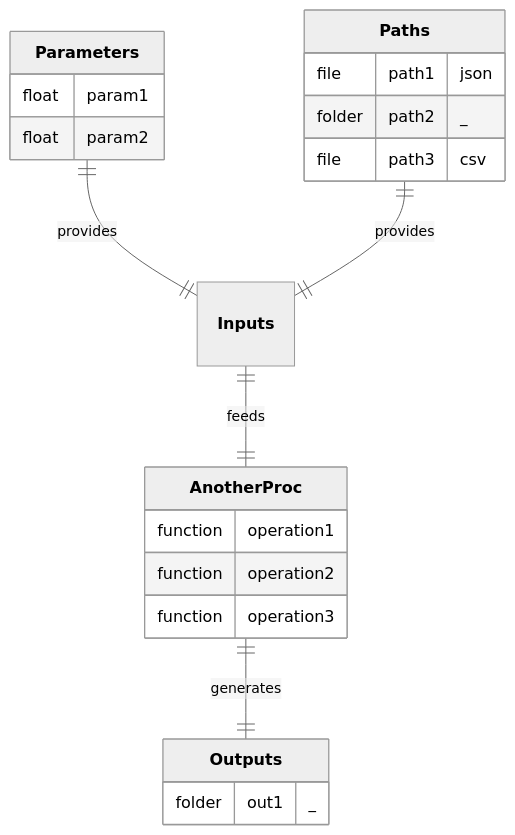
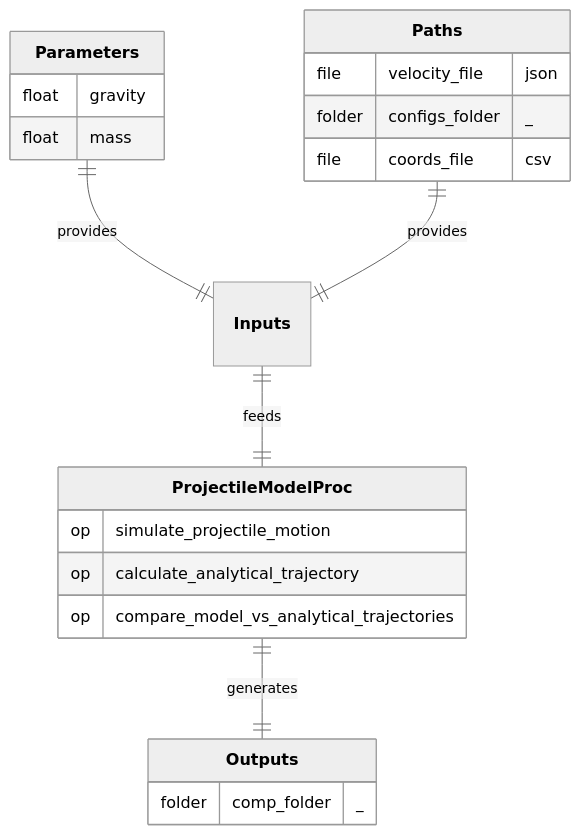
One commit to nuremics/nuremics-labs changed the diagram in src/labs/procs/general/ProjectileModelProc/README.md. Above: the diagram before and after it, drawn with Mermaid (neutral theme). The commit also changed other lines of this file and 4 other files, not shown here.

Commit message:
update ProjectileModelProc

````diff
--- a/src/labs/procs/general/ProjectileModelProc/README.md
+++ b/src/labs/procs/general/ProjectileModelProc/README.md
@@ -3,25 +10,25 @@
 ```mermaid
 erDiagram
   **Parameters** ||--|| **Inputs** : provides
   **Paths** ||--|| **Inputs** : provides
-  **Inputs** ||--|| **AnotherProc** : feeds
-  **AnotherProc** ||--|| **Outputs** : generates
+  **Inputs** ||--|| **ProjectileModelProc** : feeds
+  **ProjectileModelProc** ||--|| **Outputs** : generates
 
   **Parameters** {
-    float param1
-    float param2
+    float gravity
+    float mass
   }
   **Paths** {
-    file path1 "json"
-    folder path2 "_"
-    file path3 "csv"
+    file velocity_file "json"
+    folder configs_folder "_"
+    file coords_file "csv"
   }
-  **AnotherProc** {
-    function operation1
-    function operation2
-    function operation3
+  **ProjectileModelProc** {
+    op simulate_projectile_motion
+    op calculate_analytical_trajectory
+    op compare_model_vs_analytical_trajectories
   }
   **Outputs** {
-    folder out1 "_"
+    folder comp_folder "_"
   }
 ```
````
